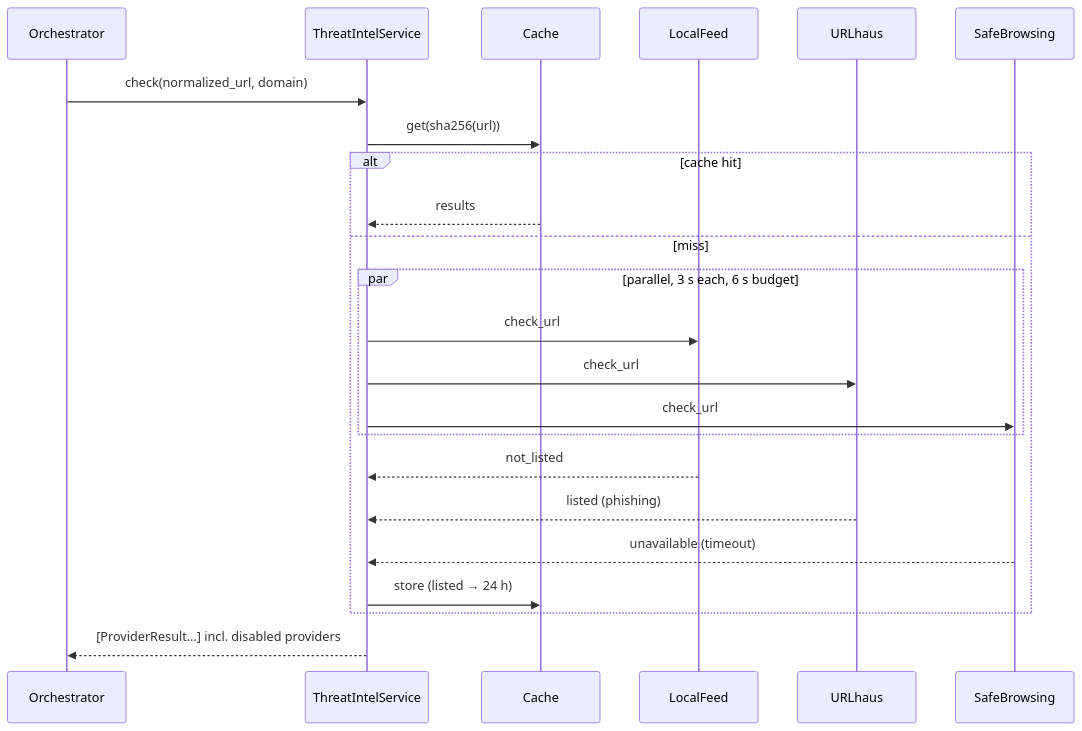
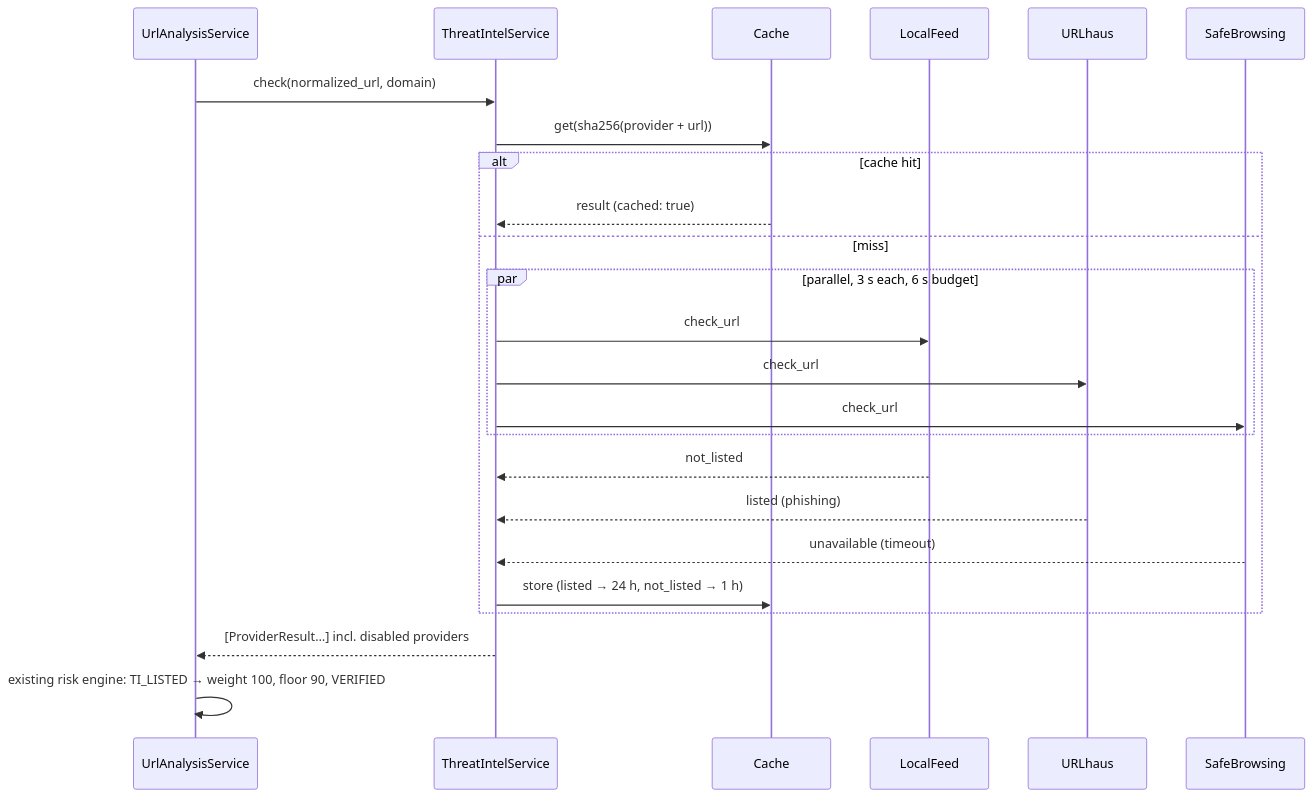
Before and after one commit to Spandan314/QRGUARD: the diagram in docs/threat-intelligence.md, drawn with Mermaid. The commit also changed other lines of this file and 6 other files, not shown here.

````diff
--- a/docs/threat-intelligence.md
+++ b/docs/threat-intelligence.md
@@ -84,25 +162,26 @@
 ```mermaid
 sequenceDiagram
-  participant O as Orchestrator
+  participant O as UrlAnalysisService
   participant T as ThreatIntelService
   participant C as Cache
   participant L as LocalFeed
   participant U as URLhaus
   participant G as SafeBrowsing
   O->>T: check(normalized_url, domain)
-  T->>C: get(sha256(url))
+  T->>C: get(sha256(provider + url))
   alt cache hit
-    C-->>T: results
+    C-->>T: result (cached: true)
   else miss
     par parallel, 3 s each, 6 s budget
       T->>L: check_url
       T->>U: check_url
       T->>G: check_url
     end
     L-->>T: not_listed
     U-->>T: listed (phishing)
     G-->>T: unavailable (timeout)
-    T->>C: store (listed → 24 h)
+    T->>C: store (listed → 24 h, not_listed → 1 h)
   end
   T-->>O: [ProviderResult…] incl. disabled providers
+  O->>O: existing risk engine: TI_LISTED → weight 100, floor 90, VERIFIED
 ```
````
